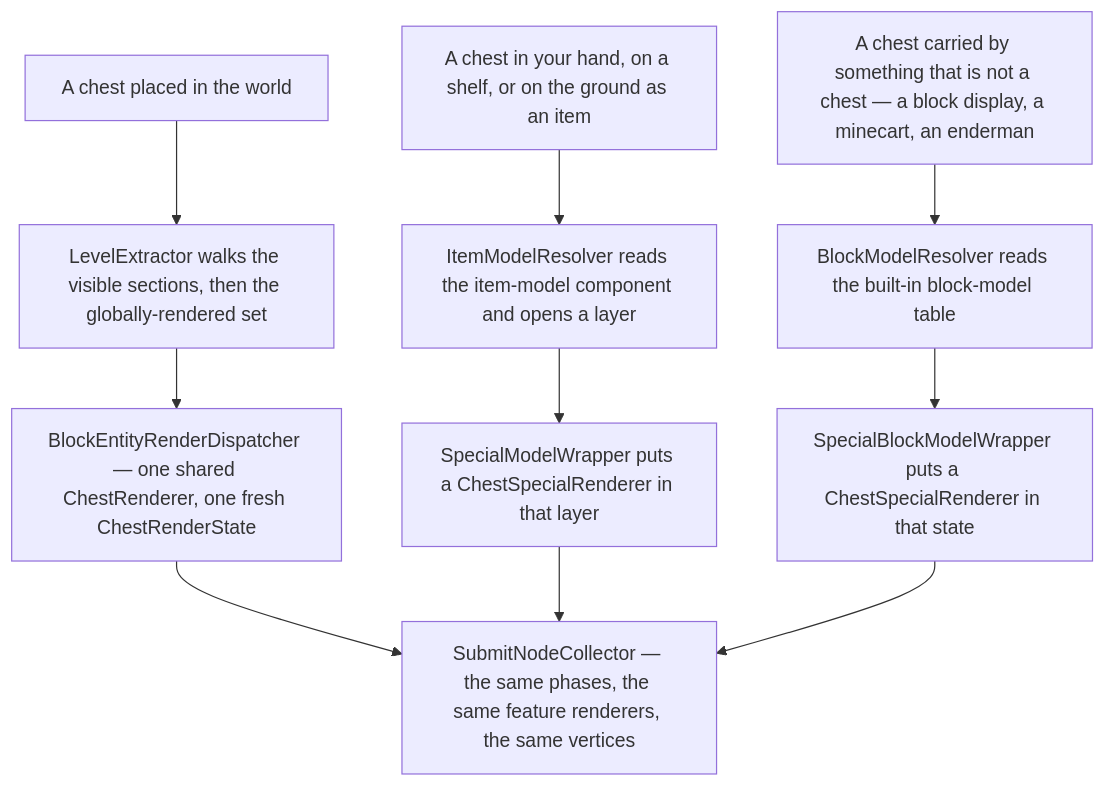
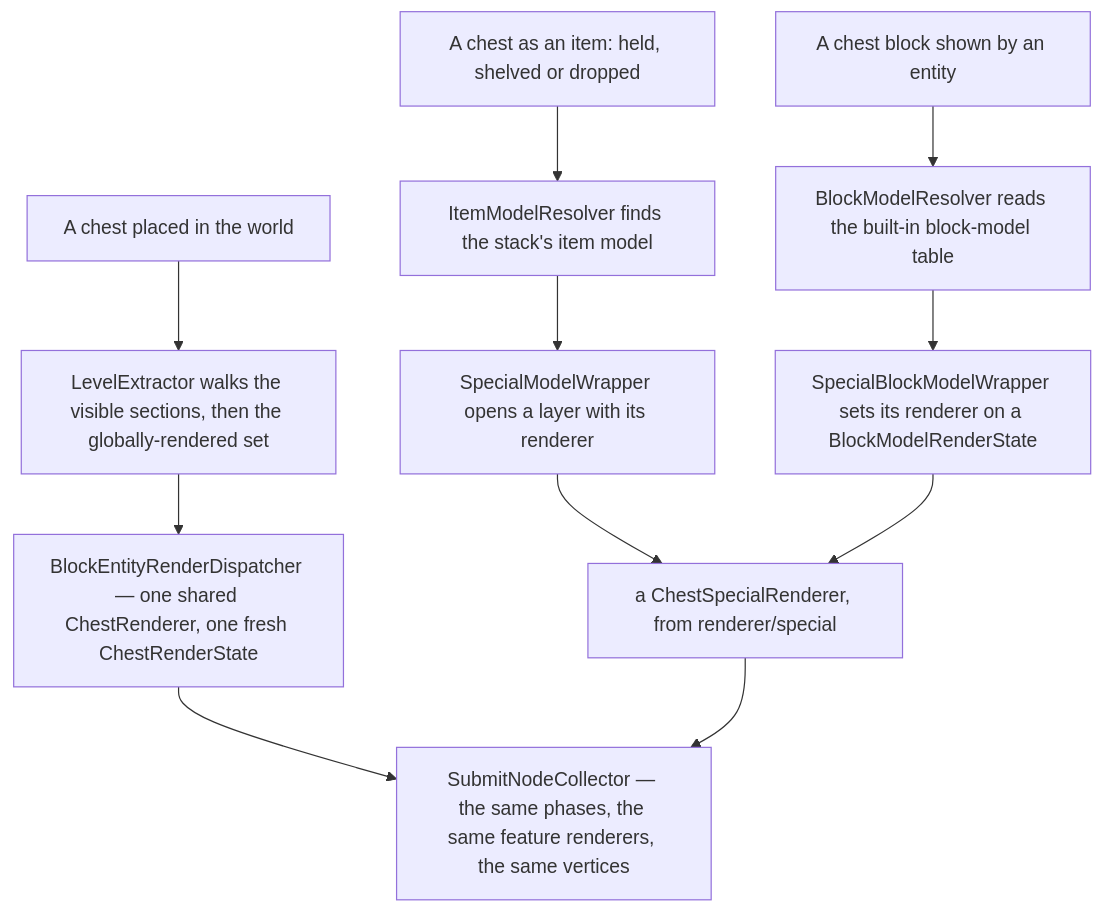
Before and after one commit to AlexanderjFraser/MinecraftDocs: the first of 2 diagrams in src/systems/rendering/block-entity-rendering.md, drawn with Mermaid. The commit also changed other lines of this file and 18 other files, not shown here.

````diff
--- a/src/systems/rendering/block-entity-rendering.md
+++ b/src/systems/rendering/block-entity-rendering.md
@@ -43,22 +43,24 @@
 ```mermaid
 flowchart TD
     BE["A chest placed in the world"]
-    IT["A chest in your hand, on a shelf, or on the ground as an item"]
-    BD["A chest carried by something that is not a chest — a block display, a minecart, an enderman"]
+    IT["A chest as an item: held, shelved or dropped"]
+    BD["A chest block shown by an entity"]
     SEC["LevelExtractor walks the visible sections, then the globally-rendered set"]
     BERD["BlockEntityRenderDispatcher — one shared ChestRenderer, one fresh ChestRenderState"]
-    IMR["ItemModelResolver reads the item-model component and opens a layer"]
-    SMW["SpecialModelWrapper puts a ChestSpecialRenderer in that layer"]
+    IMR["ItemModelResolver finds the stack's item model"]
+    SMW["SpecialModelWrapper opens a layer with its renderer"]
     BMR["BlockModelResolver reads the built-in block-model table"]
-    SBM["SpecialBlockModelWrapper puts a ChestSpecialRenderer in that state"]
+    SBM["SpecialBlockModelWrapper sets its renderer on a BlockModelRenderState"]
+    CSR["a ChestSpecialRenderer, from renderer/special"]
     COL["SubmitNodeCollector — the same phases, the same feature renderers, the same vertices"]
     BE --> SEC
     SEC --> BERD
     BERD --> COL
     IT --> IMR
     IMR --> SMW
-    SMW --> COL
+    SMW --> CSR
     BD --> BMR
     BMR --> SBM
-    SBM --> COL
+    SBM --> CSR
+    CSR --> COL
 ```
````
